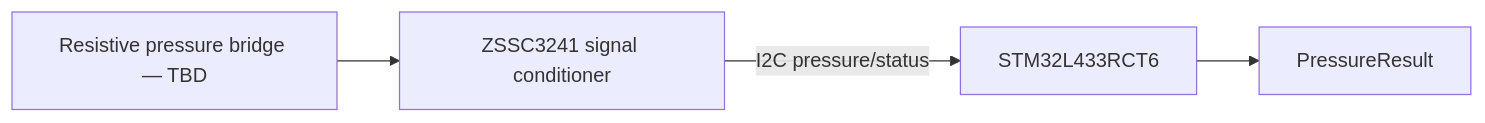
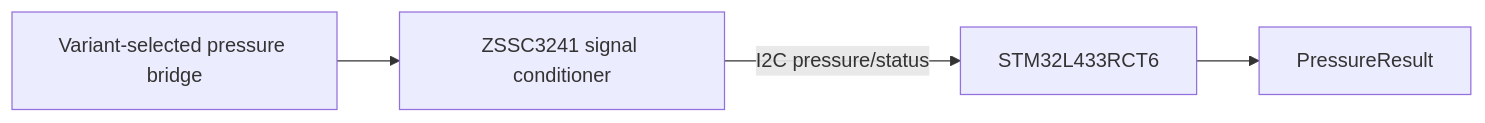
One commit to whoisLePhuc/smart-water-flow-pressure-monitor changed the second of 7 diagrams in 1.docs/00_overview/03_operating_principle.md. Above: the diagram before and after it, drawn with Mermaid. The commit also changed other lines of this file and 13 other files, not shown here.

````diff
--- a/1.docs/00_overview/03_operating_principle.md
+++ b/1.docs/00_overview/03_operating_principle.md
@@ -331,6 +331,6 @@
 ```mermaid
 flowchart LR
-    BRIDGE["Resistive pressure bridge — TBD"] --> SSC["ZSSC3241 signal conditioner"]
+    BRIDGE["Variant-selected pressure bridge"] --> SSC["ZSSC3241 signal conditioner"]
     SSC -->|"I2C pressure/status"| MCU["STM32L433RCT6"]
     MCU --> RESULT["PressureResult"]
 ```
````
